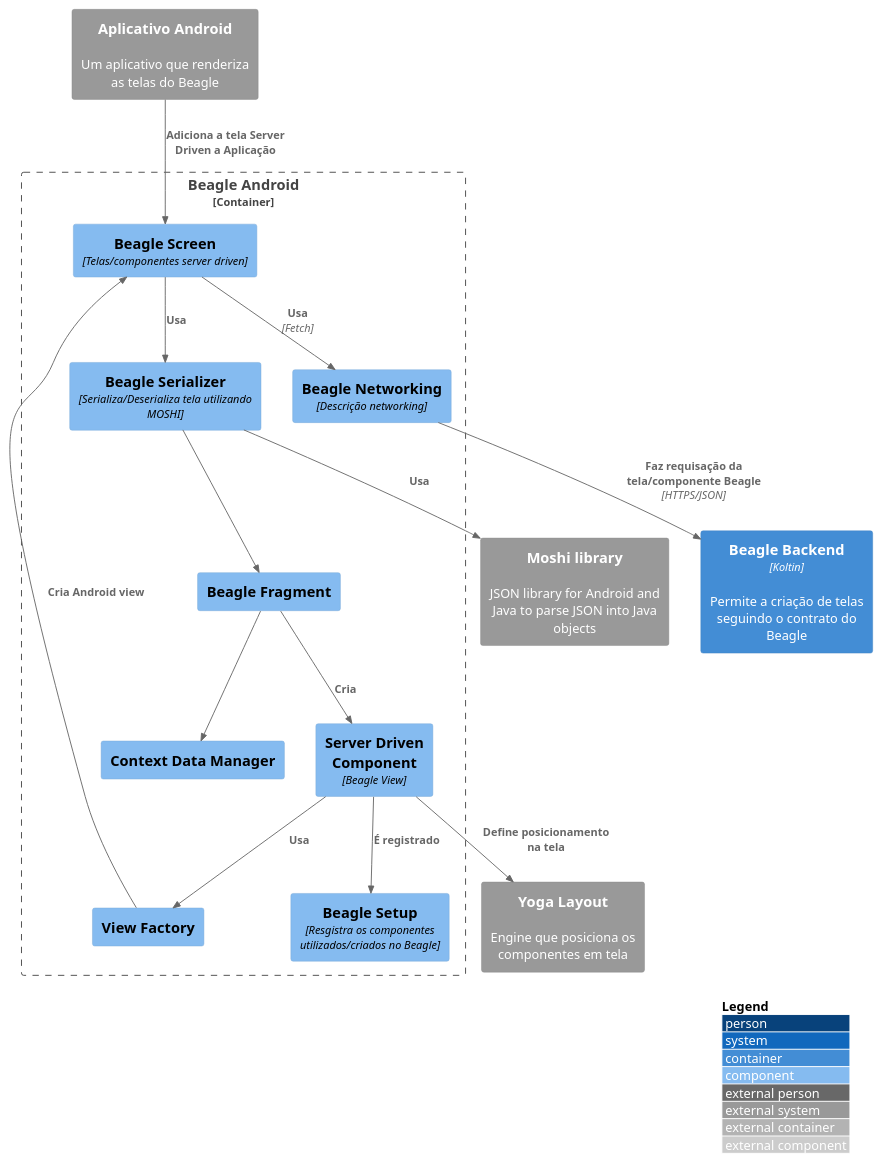
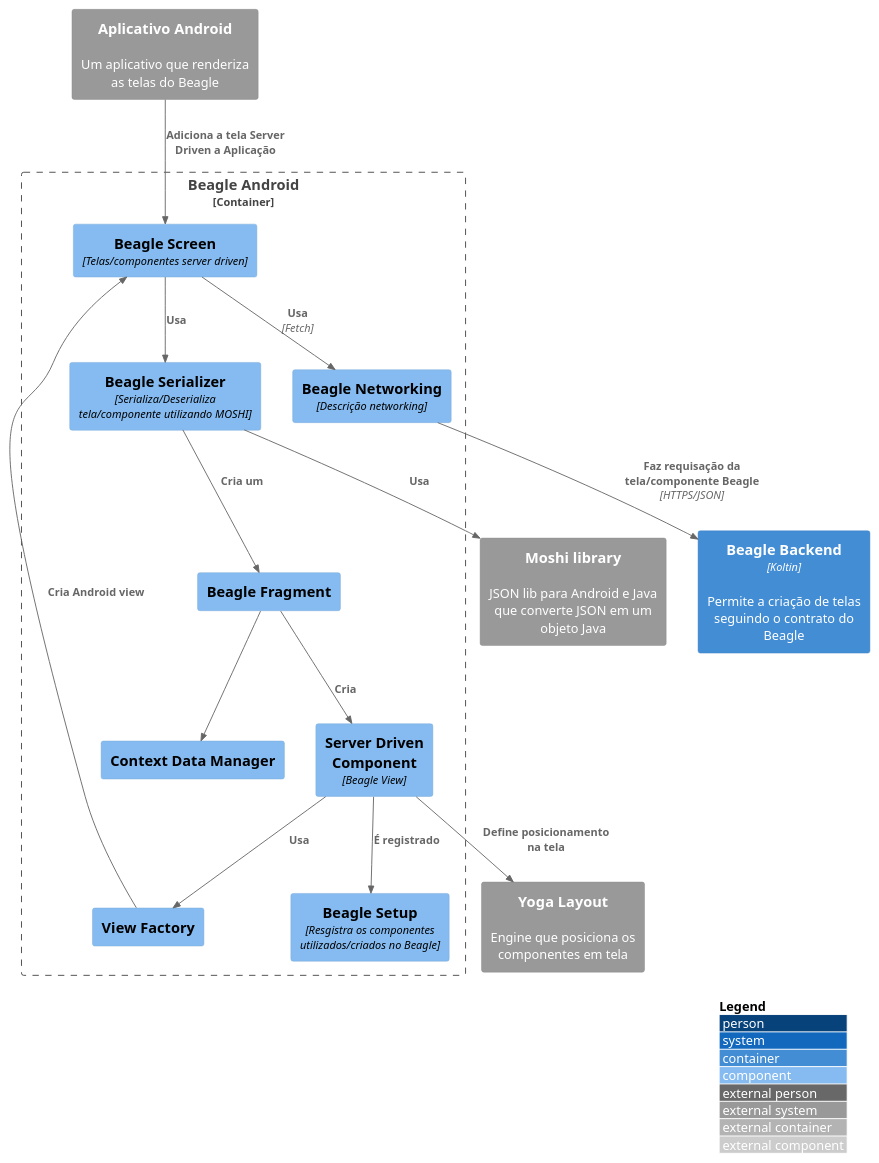
One commit to ZupIT/beagle-c4model changed the diagram in pt-br/src/C3 -  Component/Beagle Android/c3.puml. Above: the diagram before and after it, drawn with PlantUML. The commit also changed 12 other files, not shown here.

```diff
--- a/pt-br/src/C3 -  Component/Beagle Android/c3.puml
+++ b/pt-br/src/C3 -  Component/Beagle Android/c3.puml
@@ -1,36 +1,36 @@
 @startuml c2
 !include https://raw.githubusercontent.com/adrianvlupu/C4-PlantUML/latest/C4_Component.puml
 LAYOUT_WITH_LEGEND()
 
 System_Ext(frontend_app, "Aplicativo Android", "Um aplicativo que renderiza as telas do Beagle")
-System_Ext(moshi_lib, "Moshi library", "JSON library for Android and Java to parse JSON into Java objects")
+System_Ext(moshi_lib, "Moshi library", "JSON lib para Android e Java que converte JSON em um objeto Java")
 System_Ext(yoga_layout, "Yoga Layout", "Engine que posiciona os componentes em tela")
 
 Container(beagle_backend, "Beagle Backend", "Koltin", "Permite a criação de telas seguindo o contrato do Beagle")
 
 Container_Boundary(beagle_android, "Beagle Android"){
   Component(beagle_networking, "Beagle Networking", "Descrição networking")
   Component(beagle_setup, "Beagle Setup", "Resgistra os componentes utilizados/criados no Beagle")
   Component(beagle_screen, "Beagle Screen", "Telas/componentes server driven")
-  Component(beagle_serializer, "Beagle Serializer", "Serializa/Deserializa tela utilizando MOSHI")
+  Component(beagle_serializer, "Beagle Serializer", "Serializa/Deserializa tela/componente utilizando MOSHI")
   Component(server_driven_component, "Server Driven Component", "Beagle View")
   Component(view_factory, "View Factory", "")
   Component(beagle_fragment, "Beagle Fragment", "")
   Component(context_data_manager, "Context Data Manager", "")
 
 }
 
 Rel(beagle_fragment, context_data_manager, "")
-Rel(beagle_serializer, beagle_fragment, "")
+Rel(beagle_serializer, beagle_fragment, "Cria um")
 Rel(frontend_app, beagle_screen, "Adiciona a tela Server Driven a Aplicação")
 Rel(beagle_screen, beagle_networking, "Usa", "Fetch")
 Rel(beagle_networking, beagle_backend, "Faz requisação da tela/componente Beagle","HTTPS/JSON")
 Rel(beagle_serializer, moshi_lib, "Usa")
 Rel(beagle_screen, beagle_serializer, "Usa")
 Rel(beagle_fragment, server_driven_component, "Cria")
 Rel(server_driven_component, view_factory, "Usa")
 Rel(view_factory, beagle_screen, "Cria Android view")
 Rel(server_driven_component, beagle_setup, "É registrado")
 Rel(server_driven_component, yoga_layout, "Define posicionamento na tela")
 
 @enduml
```
